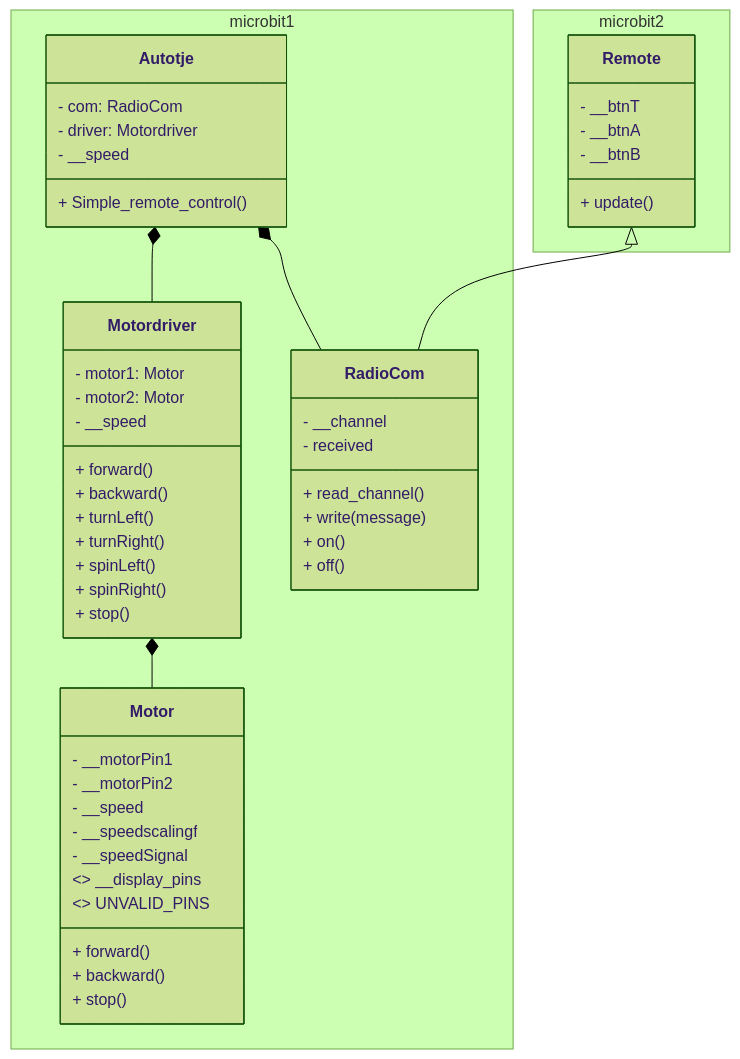
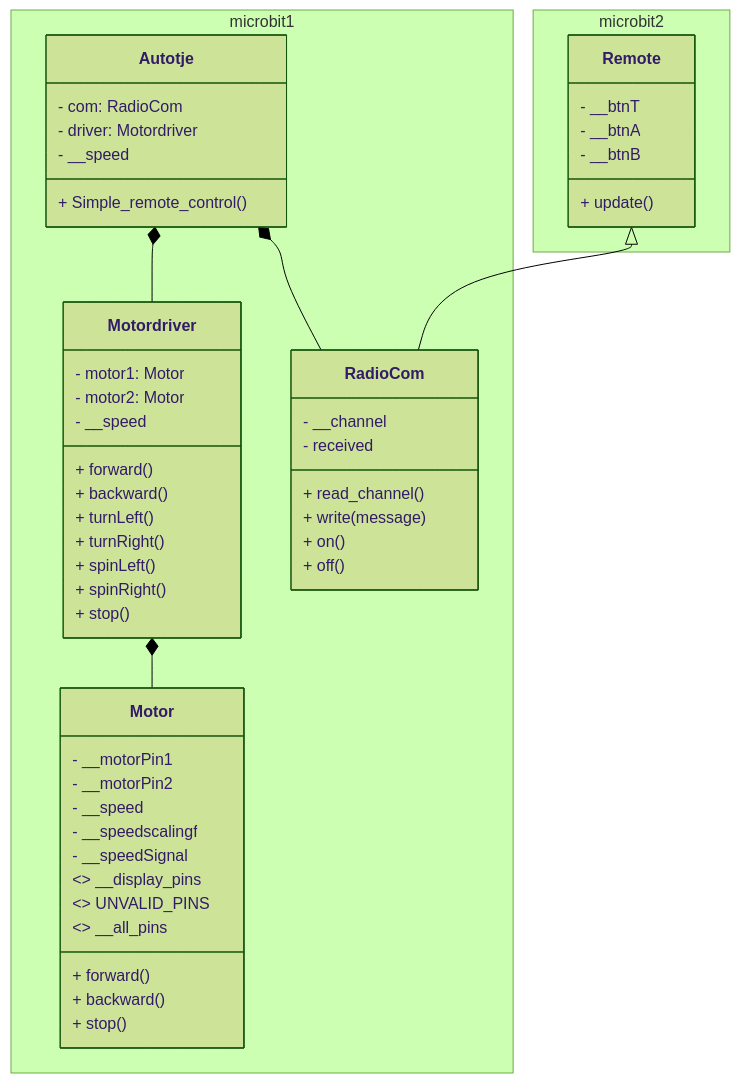
Before and after one commit to jensthebrogrammer/project_autotje: the diagram in newUML.md, drawn with Mermaid (forest theme).

````diff
--- a/newUML.md
+++ b/newUML.md
@@ -1,63 +1,64 @@
 ```mermaid
 classDiagram
     namespace microbit1 {
         class Autotje {
             - com: RadioCom
             - driver: Motordriver
             - __speed
             + Simple_remote_control()
         }
 
         class Motor {
             - __motorPin1
             - __motorPin2
             - __speed
             - __speedscalingf
             - __speedSignal
             + forward()
             + backward()
             + stop()
             <<class attribute>> __display_pins
             <<class attribute>> UNVALID_PINS
+            <<class attribute>> __all_pins
         }
         
         class Motordriver {
             - motor1: Motor
             - motor2: Motor
             - __speed
             + forward()
             + backward()
             + turnLeft()
             + turnRight()
             + spinLeft()
             + spinRight()
             + stop()
         }
 
         class RadioCom {
             - __channel
             - received
             + read_channel()
             + write(message)
             + on()
             + off()
         }
     }
 
     namespace microbit2 {
         class Remote {
             - __btnT
             - __btnA
             - __btnB
             + update()
         }
     }
 
     Autotje *-- RadioCom 
     Autotje *-- Motordriver 
     Motordriver *-- Motor 
     Remote <|-- RadioCom
 
 
 
  ```
````
